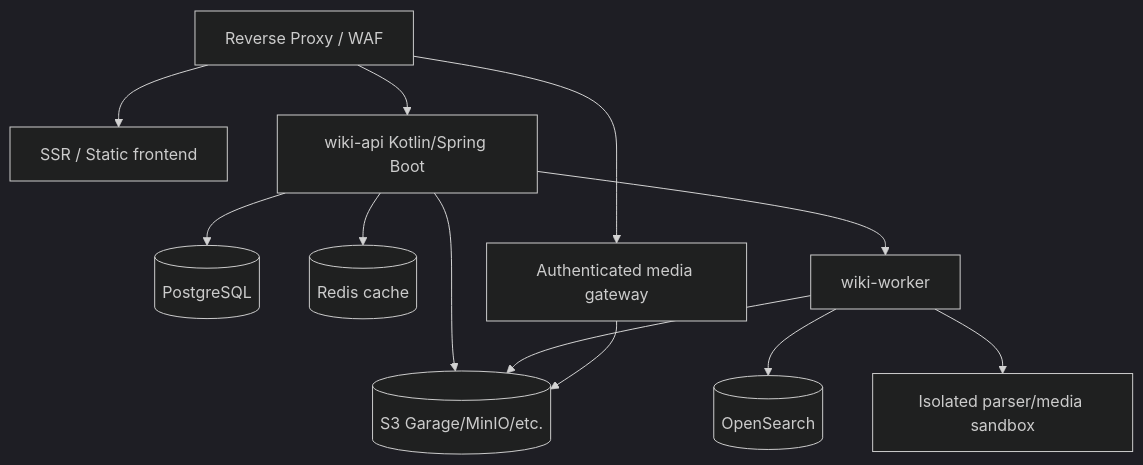
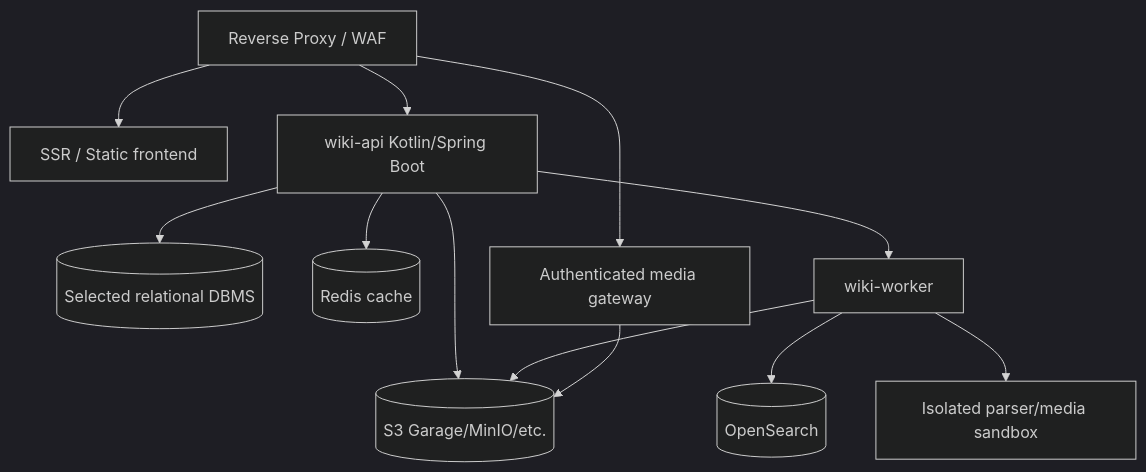
One commit to MPThLee/LibertyWiki changed the second of 7 diagrams in wiki_design/source/04_ARCHITECTURE.md. Above: the diagram before and after it, drawn with Mermaid (dark theme). The commit also changed other lines of this file and 33 other files, not shown here.

````diff
--- a/wiki_design/source/04_ARCHITECTURE.md
+++ b/wiki_design/source/04_ARCHITECTURE.md
@@ -32,14 +32,14 @@
 ```mermaid
 flowchart TB
     proxy[Reverse Proxy / WAF] --> ui[SSR / Static frontend]
     proxy --> app[wiki-api Kotlin/Spring Boot]
-    app --> postgresql[(PostgreSQL)]
+    app --> db[(Selected relational DBMS)]
     app --> redis[(Redis cache)]
     app --> s3[(S3 Garage/MinIO/etc.)]
     app --> worker[wiki-worker]
     worker --> search[(OpenSearch)]
     worker --> s3
     worker --> render[Isolated parser/media sandbox]
     proxy --> media[Authenticated media gateway]
     media --> s3
 ```
````
